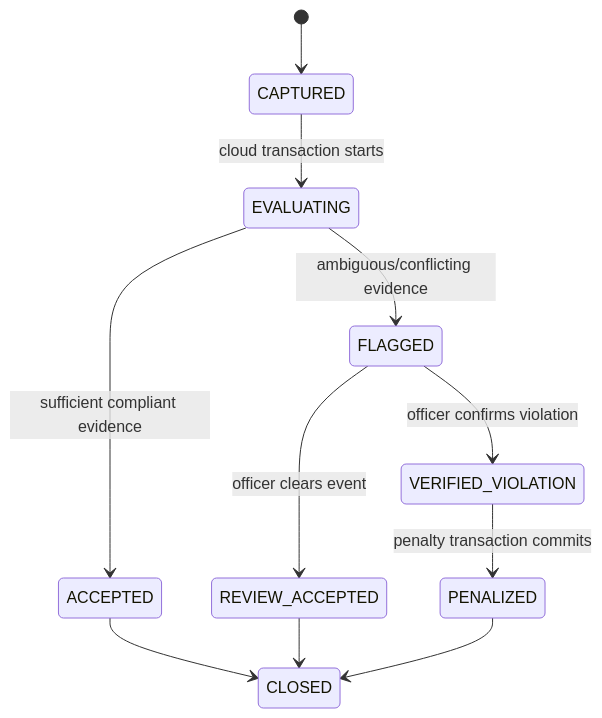
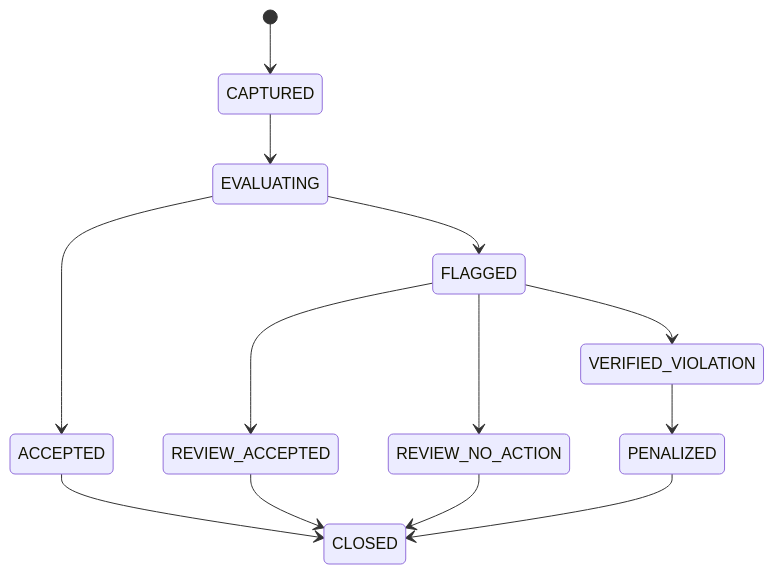
Before and after one commit to Vortex-ParthAjmera/Smart-Waste-Ecosystem: the fifth of 8 diagrams in DOCUMENTATION/02_SYSTEM_ARCHITECTURE.md, drawn with Mermaid. The commit also changed other lines of this file and 25 other files, not shown here.

````diff
--- a/DOCUMENTATION/02_SYSTEM_ARCHITECTURE.md
+++ b/DOCUMENTATION/02_SYSTEM_ARCHITECTURE.md
@@ -217,13 +252,15 @@
 ```mermaid
 stateDiagram-v2
     [*] --> CAPTURED
-    CAPTURED --> EVALUATING: cloud transaction starts
-    EVALUATING --> ACCEPTED: sufficient compliant evidence
-    EVALUATING --> FLAGGED: ambiguous/conflicting evidence
-    FLAGGED --> REVIEW_ACCEPTED: officer clears event
-    FLAGGED --> VERIFIED_VIOLATION: officer confirms violation
-    VERIFIED_VIOLATION --> PENALIZED: penalty transaction commits
+    CAPTURED --> EVALUATING
+    EVALUATING --> ACCEPTED
+    EVALUATING --> FLAGGED
+    FLAGGED --> REVIEW_ACCEPTED
+    FLAGGED --> REVIEW_NO_ACTION
+    FLAGGED --> VERIFIED_VIOLATION
+    VERIFIED_VIOLATION --> PENALIZED
     ACCEPTED --> CLOSED
     REVIEW_ACCEPTED --> CLOSED
+    REVIEW_NO_ACTION --> CLOSED
     PENALIZED --> CLOSED
 ```
````
